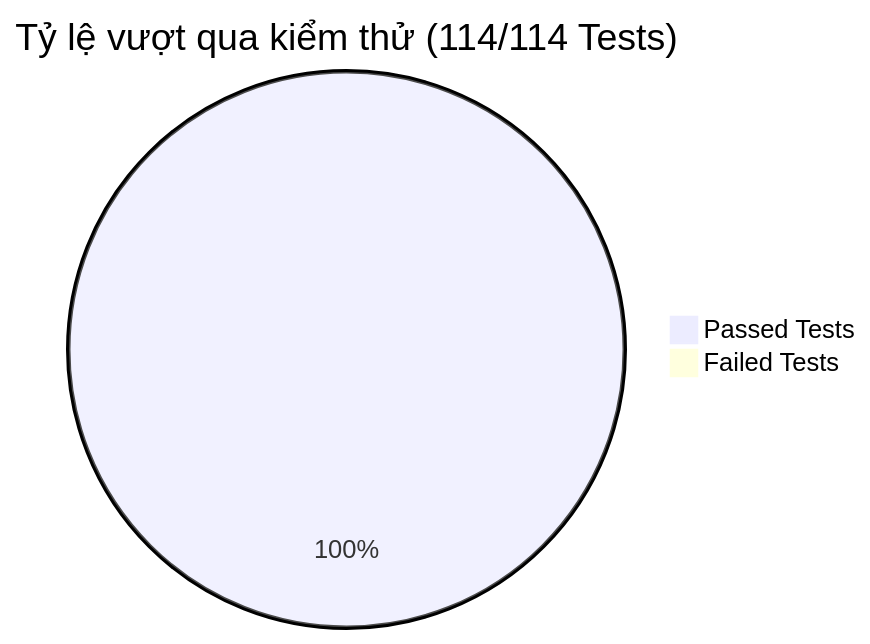
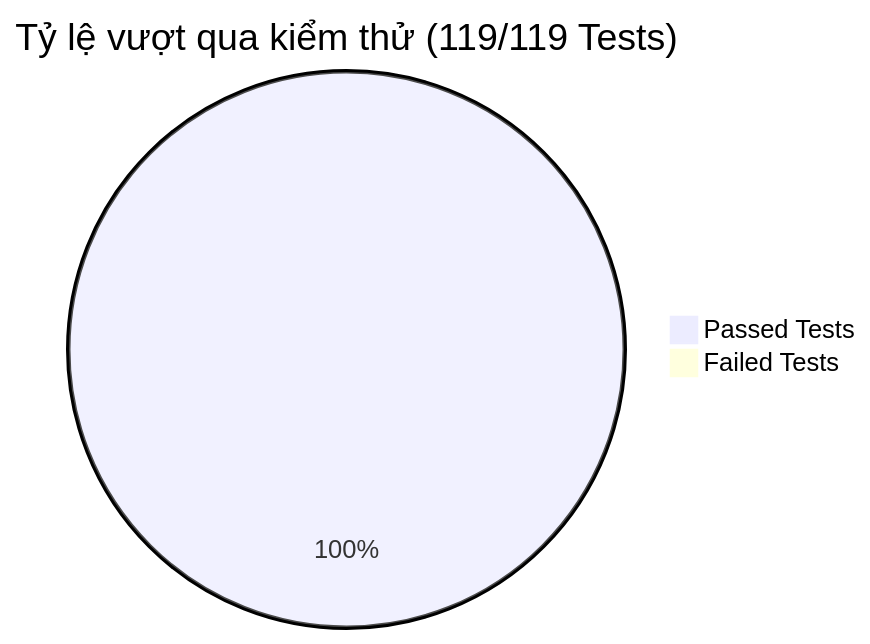
The diagram in docs/tracking/TESTING_EVIDENCE.md (minhhoanghtm/WebFashon-ReactJS), drawn with Mermaid before and after one commit. The commit also changed other lines of this file and 33 other files, not shown here.

````diff
--- a/docs/tracking/TESTING_EVIDENCE.md
+++ b/docs/tracking/TESTING_EVIDENCE.md
@@ -11,5 +13,5 @@
 ```mermaid
-pie title Tỷ lệ vượt qua kiểm thử (114/114 Tests)
-    "Passed Tests" : 114
+pie title Tỷ lệ vượt qua kiểm thử (119/119 Tests)
+    "Passed Tests" : 119
     "Failed Tests" : 0
 ```
````
